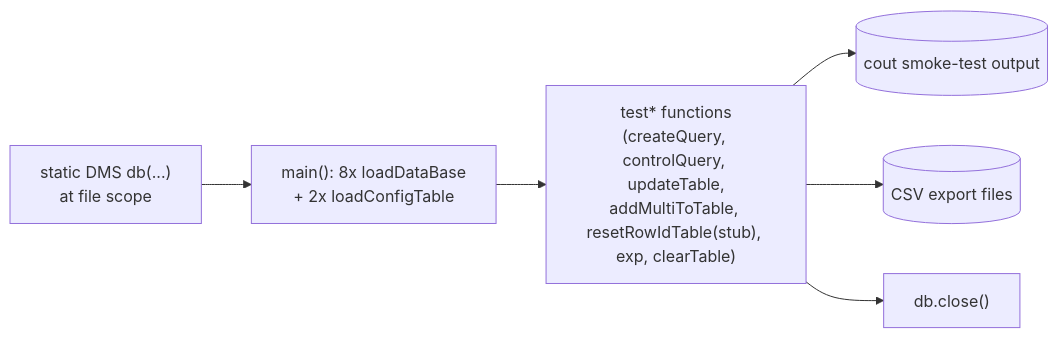
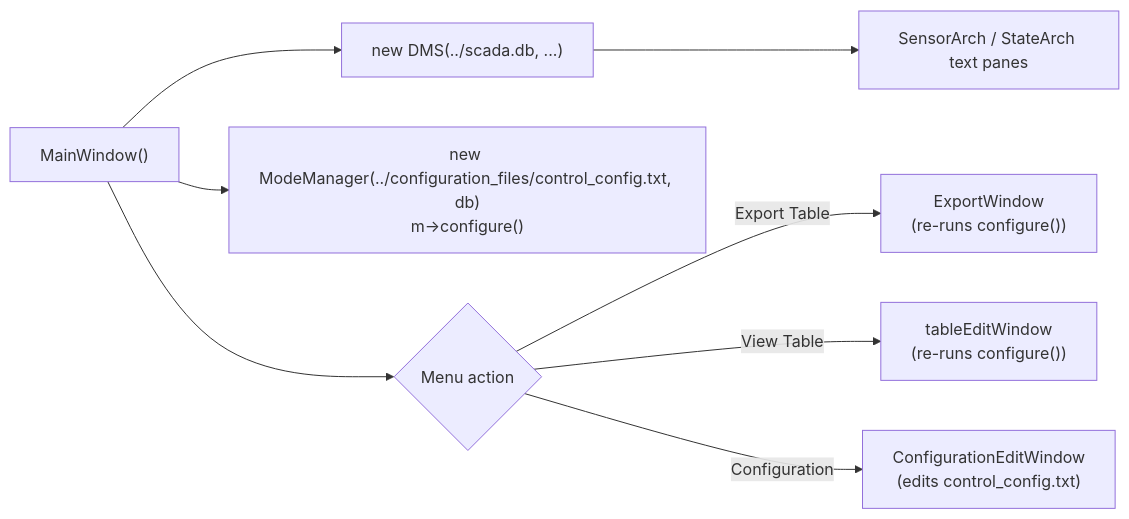
One commit to MaxwellMcFarlane/DMS changed the second of 2 diagrams in docs/Manual.md. Above: the diagram before and after it, drawn with Mermaid. The commit also changed other lines of this file and 1 other file, not shown here.

````diff
--- a/docs/Manual.md
+++ b/docs/Manual.md
@@ -123,8 +79,10 @@
 ```mermaid
 flowchart LR
-    IN["static DMS db(...)<br/>at file scope"] --> LOADSEQ["main(): 8x loadDataBase<br/>+ 2x loadConfigTable"]
-    LOADSEQ --> TESTS["test* functions<br/>(createQuery, controlQuery, updateTable,<br/>addMultiToTable, resetRowIdTable(stub), exp, clearTable)"]
-    TESTS --> COUT[(cout smoke-test output)]
-    TESTS --> CSV[(CSV export files)]
-    TESTS --> CLOSE["db.close()"]
+    Ctor["MainWindow()"] --> D["new DMS(../scada.db, ...)"]
+    Ctor --> M["new ModeManager(../configuration_files/control_config.txt, db)<br/>m->configure()"]
+    D --> Panes["SensorArch / StateArch text panes"]
+    Ctor --> Menu{Menu action}
+    Menu -->|Export Table| EW["ExportWindow<br/>(re-runs configure())"]
+    Menu -->|View Table| TW["tableEditWindow<br/>(re-runs configure())"]
+    Menu -->|Configuration| CW["ConfigurationEditWindow<br/>(edits control_config.txt)"]
 ```
````
